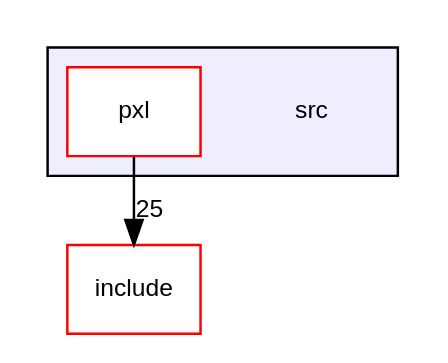
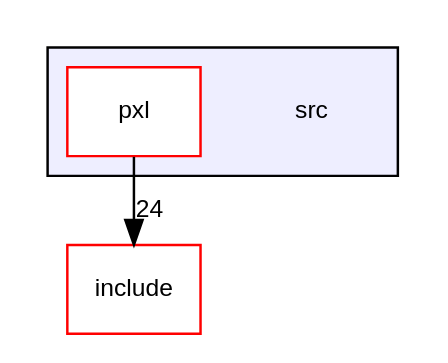
The diagram in dir_68267d1309a1af8e8297ef4c3efbcdba_dep.dot (Pixel-Lib/Pixel), drawn with Graphviz before and after one commit. The commit also changed 133 other files, not shown here.

```diff
--- a/dir_68267d1309a1af8e8297ef4c3efbcdba_dep.dot
+++ b/dir_68267d1309a1af8e8297ef4c3efbcdba_dep.dot
@@ -1,12 +1,12 @@
 digraph "src" {
   compound=true
   node [ fontsize="10", fontname="Helvetica"];
   edge [ labelfontsize="10", labelfontname="Helvetica"];
   subgraph clusterdir_68267d1309a1af8e8297ef4c3efbcdba {
     graph [ bgcolor="#eeeeff", pencolor="black", label="" URL="dir_68267d1309a1af8e8297ef4c3efbcdba.html"];
     dir_68267d1309a1af8e8297ef4c3efbcdba [shape=plaintext label="src"];
   dir_87a857eff530ad659c1a04633acb58d5 [shape=box label="pxl" fillcolor="white" style="filled" color="red" URL="dir_87a857eff530ad659c1a04633acb58d5.html"];
   }
   dir_d44c64559bbebec7f509842c48db8b23 [shape=box label="include" fillcolor="white" style="filled" color="red" URL="dir_d44c64559bbebec7f509842c48db8b23.html"];
-  dir_87a857eff530ad659c1a04633acb58d5->dir_d44c64559bbebec7f509842c48db8b23 [headlabel="25", labeldistance=1.5 headhref="dir_000005_000000.html"];
+  dir_87a857eff530ad659c1a04633acb58d5->dir_d44c64559bbebec7f509842c48db8b23 [headlabel="24", labeldistance=1.5 headhref="dir_000005_000000.html"];
 }
```
